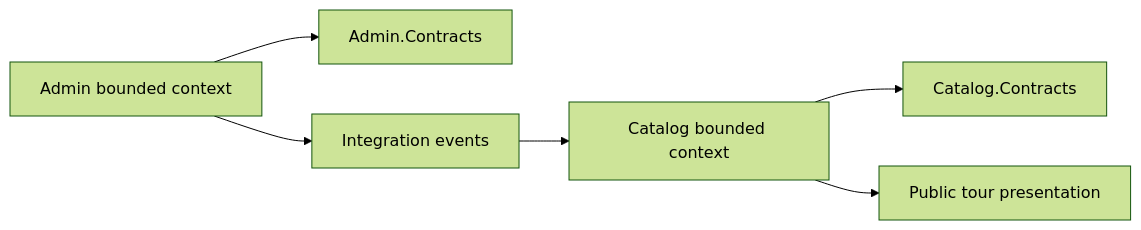
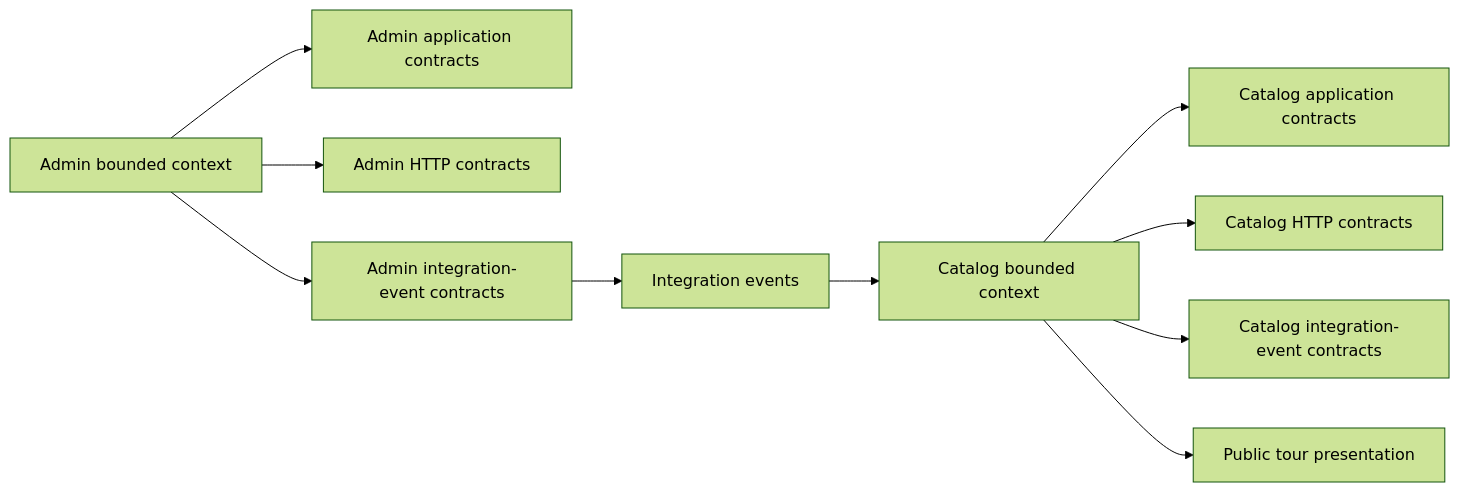
The first of 4 diagrams in docs/architecture/boundaries-and-dependencies.md (danigutsch/ViajantesTurismo), drawn with Mermaid (forest theme) before and after one commit. The commit also changed other lines of this file and 450 other files, not shown here.

Commit message:
refactor(architecture): split product contract projects

````diff
--- a/docs/architecture/boundaries-and-dependencies.md
+++ b/docs/architecture/boundaries-and-dependencies.md
@@ -11,15 +11,23 @@
 ```mermaid
 flowchart LR
     admin[Admin bounded context]
-    adminContracts[Admin.Contracts]
+    adminAppContracts[Admin application contracts]
+    adminHttpContracts[Admin HTTP contracts]
+    adminEventContracts[Admin integration-event contracts]
     integration[Integration events]
     catalog[Catalog bounded context]
-    catalogContracts[Catalog.Contracts]
+    catalogAppContracts[Catalog application contracts]
+    catalogHttpContracts[Catalog HTTP contracts]
+    catalogEventContracts[Catalog integration-event contracts]
     publicRead[Public tour presentation]
 
-    admin --> adminContracts
-    admin --> integration
+    admin --> adminAppContracts
+    admin --> adminHttpContracts
+    admin --> adminEventContracts
+    adminEventContracts --> integration
     integration --> catalog
-    catalog --> catalogContracts
+    catalog --> catalogAppContracts
+    catalog --> catalogHttpContracts
+    catalog --> catalogEventContracts
     catalog --> publicRead
 ```
````
